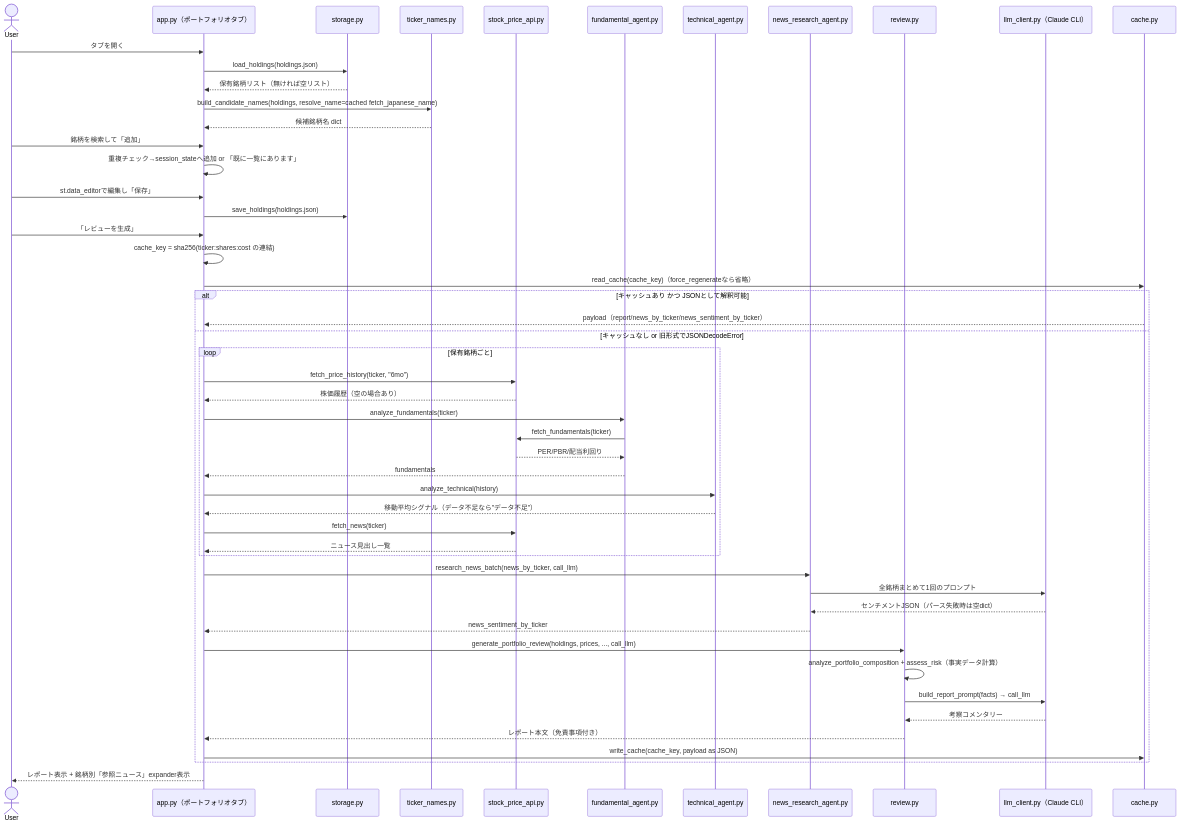
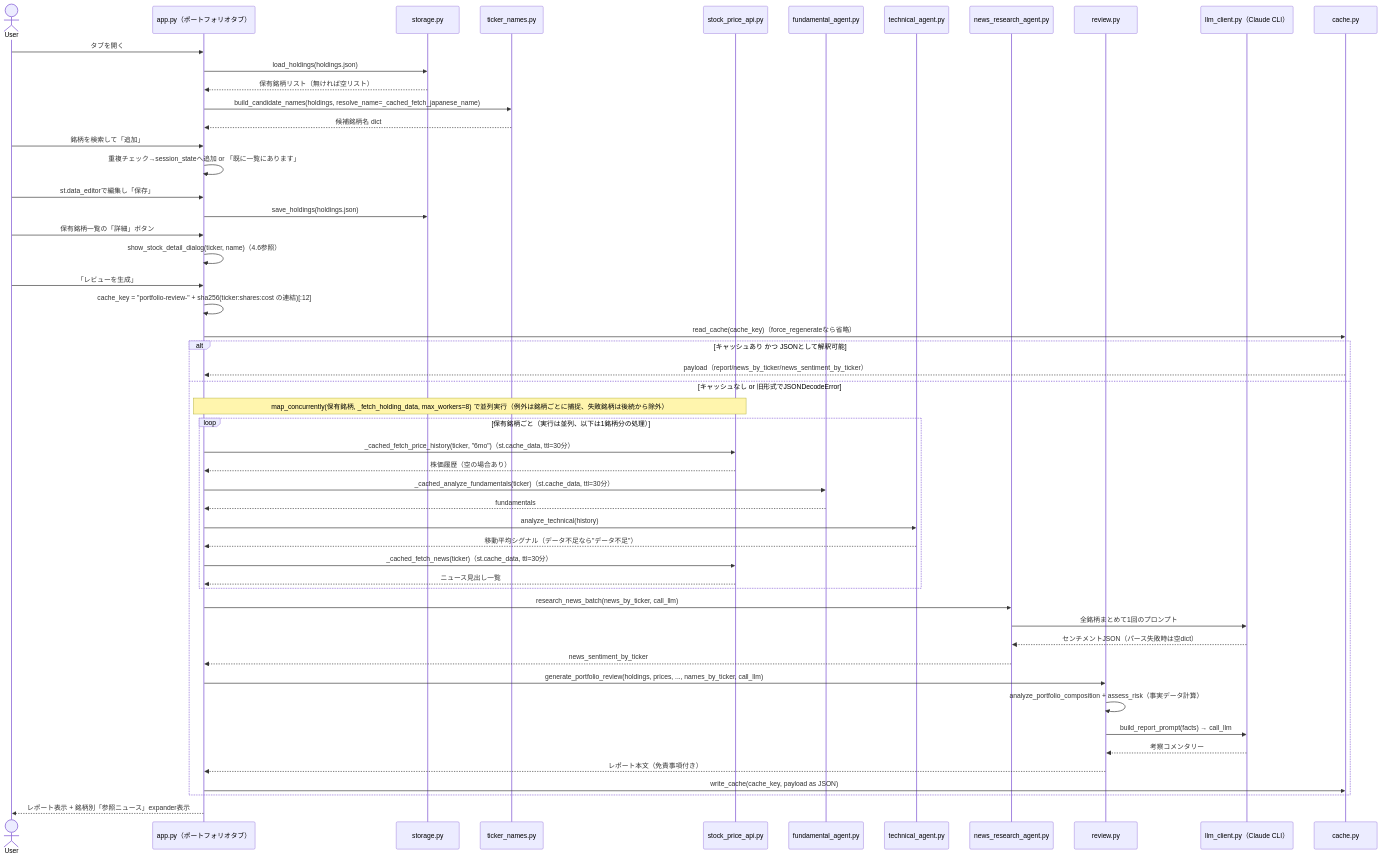
The second of 7 diagrams in app/docs/app-design.md (duwenji/ai-stock-investing-tutorial), drawn with Mermaid before and after one commit. The commit also changed other lines of this file and 1 other file, not shown here.

````diff
--- a/app/docs/app-design.md
+++ b/app/docs/app-design.md
@@ -153,57 +193,59 @@
 ```mermaid
 sequenceDiagram
     actor User
     participant UI as app.py（ポートフォリオタブ）
     participant Storage as storage.py
     participant Names as ticker_names.py
     participant PriceAPI as stock_price_api.py
     participant Fund as fundamental_agent.py
     participant Tech as technical_agent.py
     participant News as news_research_agent.py
     participant Review as review.py
     participant LLM as llm_client.py（Claude CLI）
     participant Cache as cache.py
 
     User->>UI: タブを開く
     UI->>Storage: load_holdings(holdings.json)
     Storage-->>UI: 保有銘柄リスト（無ければ空リスト）
-    UI->>Names: build_candidate_names(holdings, resolve_name=cached fetch_japanese_name)
+    UI->>Names: build_candidate_names(holdings, resolve_name=_cached_fetch_japanese_name)
     Names-->>UI: 候補銘柄名 dict
 
     User->>UI: 銘柄を検索して「追加」
     UI->>UI: 重複チェック→session_stateへ追加 or 「既に一覧にあります」
 
     User->>UI: st.data_editorで編集し「保存」
     UI->>Storage: save_holdings(holdings.json)
 
+    User->>UI: 保有銘柄一覧の「詳細」ボタン
+    UI->>UI: show_stock_detail_dialog(ticker, name)（4.6参照）
+
     User->>UI: 「レビューを生成」
-    UI->>UI: cache_key = sha256(ticker:shares:cost の連結)
+    UI->>UI: cache_key = "portfolio-review-" + sha256(ticker:shares:cost の連結)[:12]
     UI->>Cache: read_cache(cache_key)（force_regenerateなら省略）
     alt キャッシュあり かつ JSONとして解釈可能
         Cache-->>UI: payload（report/news_by_ticker/news_sentiment_by_ticker）
     else キャッシュなし or 旧形式でJSONDecodeError
-        loop 保有銘柄ごと
-            UI->>PriceAPI: fetch_price_history(ticker, "6mo")
+        Note over UI,PriceAPI: map_concurrently(保有銘柄, _fetch_holding_data, max_workers=8) で並列実行（例外は銘柄ごとに捕捉、失敗銘柄は後続から除外）
+        loop 保有銘柄ごと（実行は並列、以下は1銘柄分の処理）
+            UI->>PriceAPI: _cached_fetch_price_history(ticker, "6mo")（st.cache_data, ttl=30分）
             PriceAPI-->>UI: 株価履歴（空の場合あり）
-            UI->>Fund: analyze_fundamentals(ticker)
-            Fund->>PriceAPI: fetch_fundamentals(ticker)
-            PriceAPI-->>Fund: PER/PBR/配当利回り
+            UI->>Fund: _cached_analyze_fundamentals(ticker)（st.cache_data, ttl=30分）
             Fund-->>UI: fundamentals
             UI->>Tech: analyze_technical(history)
             Tech-->>UI: 移動平均シグナル（データ不足なら"データ不足"）
-            UI->>PriceAPI: fetch_news(ticker)
+            UI->>PriceAPI: _cached_fetch_news(ticker)（st.cache_data, ttl=30分）
             PriceAPI-->>UI: ニュース見出し一覧
         end
         UI->>News: research_news_batch(news_by_ticker, call_llm)
         News->>LLM: 全銘柄まとめて1回のプロンプト
         LLM-->>News: センチメントJSON（パース失敗時は空dict）
         News-->>UI: news_sentiment_by_ticker
-        UI->>Review: generate_portfolio_review(holdings, prices, ..., call_llm)
+        UI->>Review: generate_portfolio_review(holdings, prices, ..., names_by_ticker, call_llm)
         Review->>Review: analyze_portfolio_composition + assess_risk（事実データ計算）
         Review->>LLM: build_report_prompt(facts) → call_llm
         LLM-->>Review: 考察コメンタリー
         Review-->>UI: レポート本文（免責事項付き）
         UI->>Cache: write_cache(cache_key, payload as JSON)
     end
     UI-->>User: レポート表示 + 銘柄別「参照ニュース」expander表示
 ```
````
